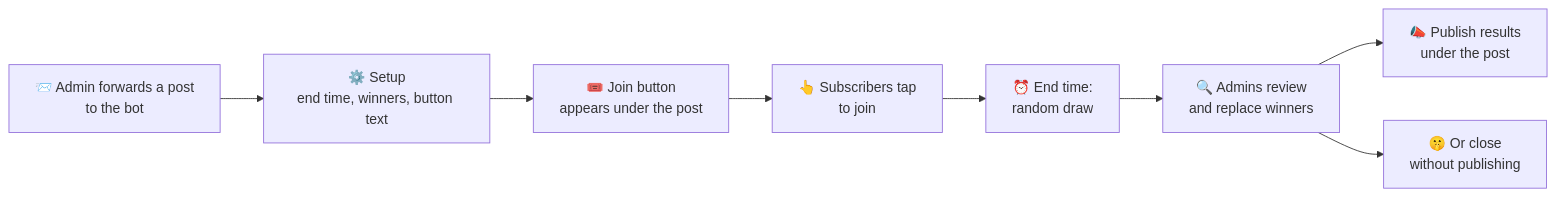
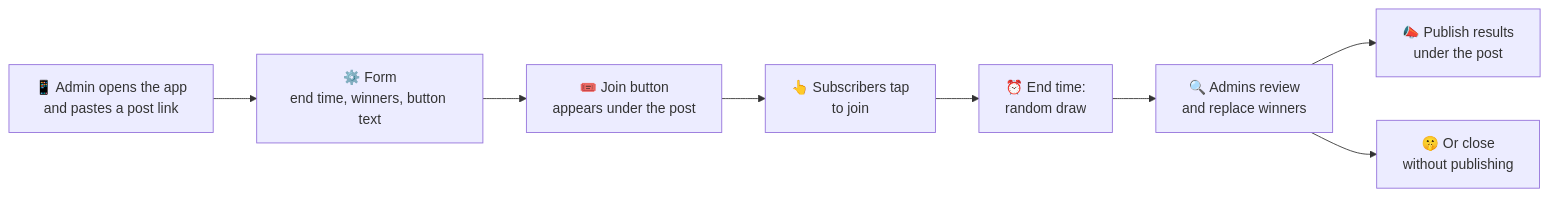
One commit to alexander-danilenko/read_wine_bot changed the diagram in README.md. Above: the diagram before and after it, drawn with Mermaid. The commit also changed other lines of this file and 44 other files, not shown here.

````diff
--- a/README.md
+++ b/README.md
@@ -35,10 +36,10 @@
 ```mermaid
 flowchart LR
-    A["📨 Admin forwards a post<br/>to the bot"] --> B["⚙️ Setup<br/>end time, winners, button text"]
+    A["📱 Admin opens the app<br/>and pastes a post link"] --> B["⚙️ Form<br/>end time, winners, button text"]
     B --> C["🎟️ Join button<br/>appears under the post"]
     C --> D["👆 Subscribers tap<br/>to join"]
     D --> E["⏰ End time:<br/>random draw"]
     E --> F["🔍 Admins review<br/>and replace winners"]
     F --> G["📣 Publish results<br/>under the post"]
     F --> H["🤫 Or close<br/>without publishing"]
 ```
````
